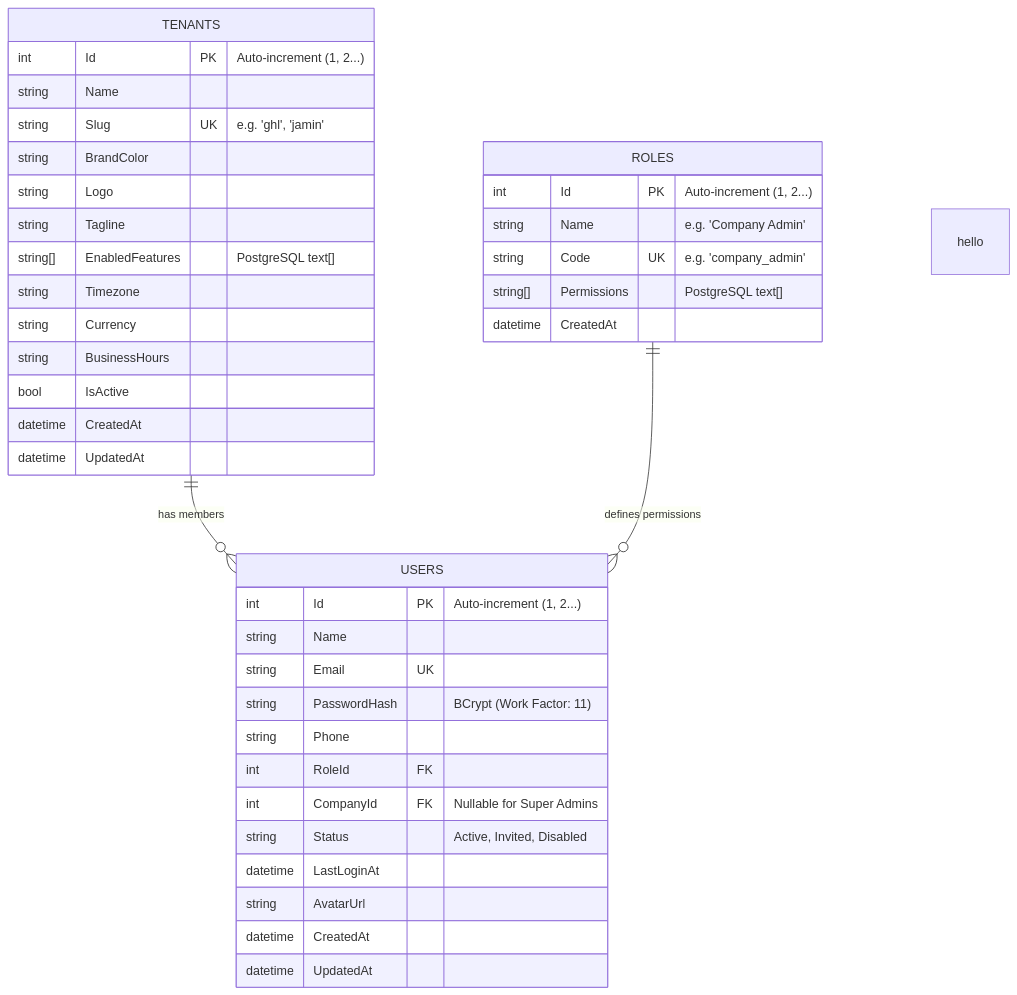
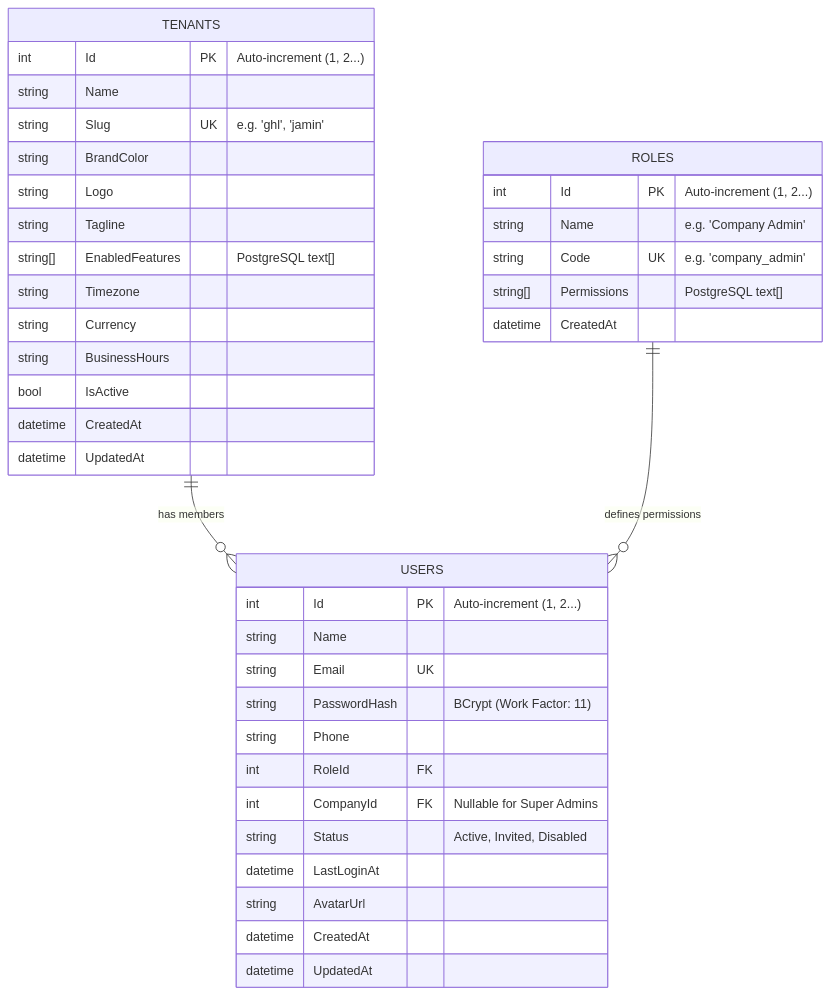
One commit to GHLindiaventures/GHL_AURA changed the diagram in backend/README.md. Above: the diagram before and after it, drawn with Mermaid. The commit also changed other lines of this file and 153 other files, not shown here.

````diff
--- a/backend/README.md
+++ b/backend/README.md
@@ -97,46 +97,44 @@
 ```mermaid
 erDiagram
     TENANTS ||--o{ USERS : "has members"
     ROLES ||--o{ USERS : "defines permissions"
-
-    hello
 
     TENANTS {
         int Id PK "Auto-increment (1, 2...)"
         string Name
         string Slug UK "e.g. 'ghl', 'jamin'"
         string BrandColor
         string Logo
         string Tagline
         string[] EnabledFeatures "PostgreSQL text[]"
         string Timezone
         string Currency
         string BusinessHours
         bool IsActive
         datetime CreatedAt
         datetime UpdatedAt
     }
 
     ROLES {
         int Id PK "Auto-increment (1, 2...)"
         string Name "e.g. 'Company Admin'"
         string Code UK "e.g. 'company_admin'"
         string[] Permissions "PostgreSQL text[]"
         datetime CreatedAt
     }
 
     USERS {
         int Id PK "Auto-increment (1, 2...)"
         string Name
         string Email UK
         string PasswordHash "BCrypt (Work Factor: 11)"
         string Phone
         int RoleId FK
         int CompanyId FK "Nullable for Super Admins"
         string Status "Active, Invited, Disabled"
         datetime LastLoginAt
         string AvatarUrl
         datetime CreatedAt
         datetime UpdatedAt
     }
 ```
````
